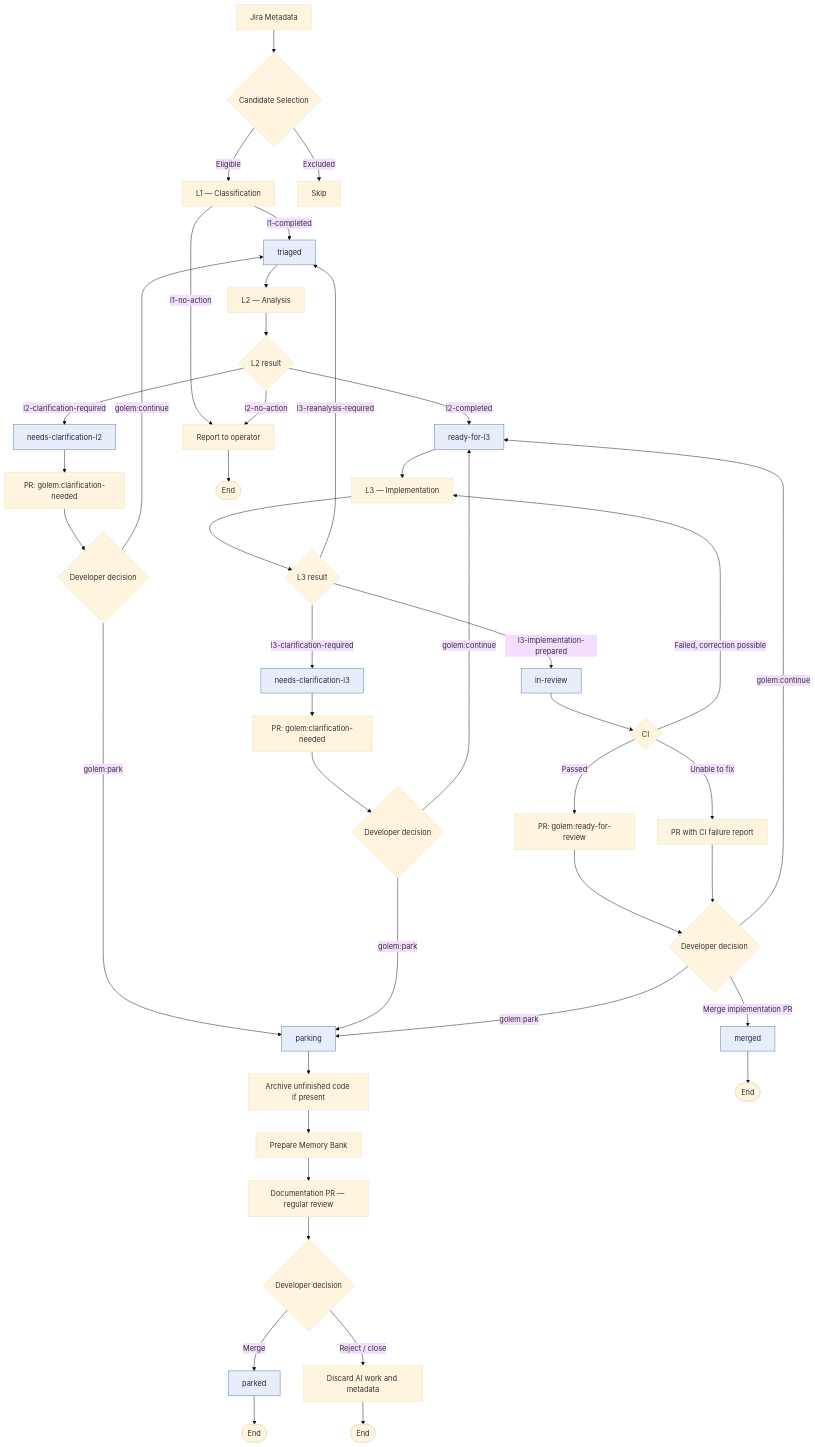
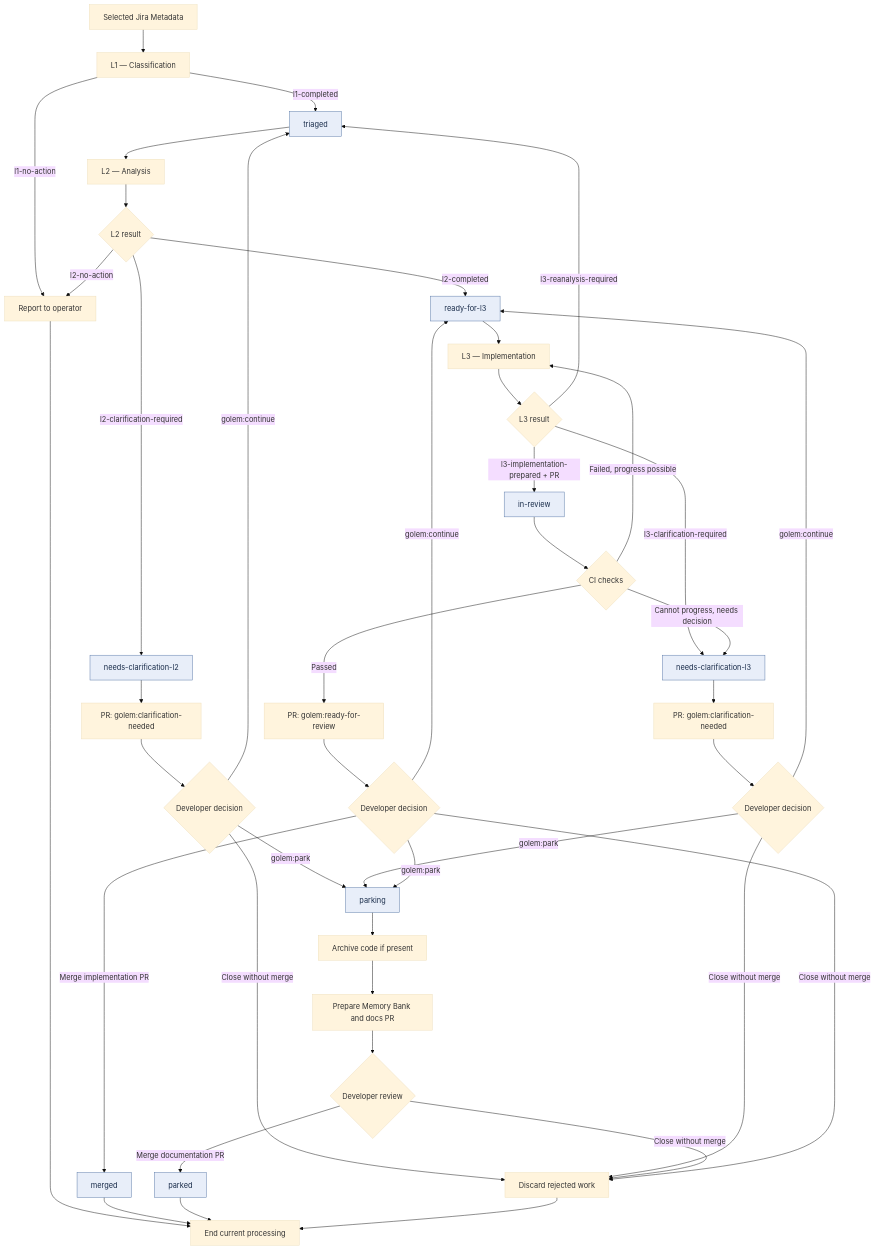
Before and after one commit to jbanaszczyk/golem: the second of 2 diagrams in README.md, drawn with Mermaid (base theme). The commit also changed other lines of this file, not shown here.

Commit message:
Ready for review 3

````diff
--- a/README.md
+++ b/README.md
@@ -57,61 +75,46 @@
 ```mermaid
 flowchart TD
-    META["Jira Metadata"] --> SELECT{"Candidate Selection"}
-    SELECT -->|Eligible| L1["L1 — Classification"]
-    SELECT -->|Excluded| SKIP["Skip"]
-
+    META["Selected Jira Metadata"] --> L1["L1 — Classification"]
     L1 -->|l1-completed| TRIAGED["triaged"]
     L1 -->|l1-no-action| NOACTION["Report to operator"]
     TRIAGED --> L2["L2 — Analysis"]
-
     L2 --> L2R{"L2 result"}
     L2R -->|l2-completed| READY["ready-for-l3"]
     L2R -->|l2-clarification-required| Q2["needs-clarification-l2"]
     L2R -->|l2-no-action| NOACTION
-
     Q2 --> PR2["PR: golem:clarification-needed"]
     PR2 --> D2{"Developer decision"}
     D2 -->|golem:continue| TRIAGED
-
+    D2 -->|Close without merge| REJECTED
     READY --> L3["L3 — Implementation"]
     L3 --> L3R{"L3 result"}
-
+    L3R -->|l3-reanalysis-required| TRIAGED
     L3R -->|l3-clarification-required| Q3["needs-clarification-l3"]
-    L3R -->|l3-reanalysis-required| TRIAGED
-    L3R -->|l3-implementation-prepared| REVIEW["in-review"]
-
+    L3R -->|l3-implementation-prepared + PR| REVIEW["in-review"]
     Q3 --> PR3["PR: golem:clarification-needed"]
     PR3 --> D3{"Developer decision"}
     D3 -->|golem:continue| READY
-
-    REVIEW --> CI{"CI"}
-    CI -->|Failed, correction possible| L3
+    D3 -->|Close without merge| REJECTED
+    REVIEW --> CI{"CI checks"}
+    CI -->|Failed, progress possible| L3
     CI -->|Passed| READYPR["PR: golem:ready-for-review"]
-    CI -->|Unable to fix| FAILEDPR["PR with CI failure report"]
-
+    CI -->|Cannot progress, needs decision| Q3
     READYPR --> DECISION{"Developer decision"}
-    FAILEDPR --> DECISION
-
+    DECISION -->|golem:continue| READY
     DECISION -->|Merge implementation PR| MERGED["merged"]
-    DECISION -->|golem:continue| READY
-
     D2 -->|golem:park| PARKING["parking"]
     D3 -->|golem:park| PARKING
     DECISION -->|golem:park| PARKING
-
-    PARKING --> ARCHIVE["Archive unfinished code if present"]
-    ARCHIVE --> MB["Prepare Memory Bank"]
-    MB --> DPR["Documentation PR — regular review"]
-    DPR --> DREVIEW{"Developer decision"}
-
-    DREVIEW -->|Merge| PARKED["parked"]
-    DREVIEW -->|Reject / close| REJECTED["Discard AI work and metadata"]
-
-    MERGED --> END1(["End"])
-    PARKED --> END2(["End"])
-    REJECTED --> END3(["End"])
-    NOACTION --> END4(["End"])
-
+    PARKING --> ARCHIVE["Archive code if present"]
+    ARCHIVE --> DOCS["Prepare Memory Bank and docs PR"]
+    DOCS --> DREVIEW{"Developer review"}
+    DREVIEW -->|Merge documentation PR| PARKED["parked"]
+    DREVIEW -->|Close without merge| REJECTED["Discard rejected work"]
+    DECISION -->|Close without merge| REJECTED
+    NOACTION --> END["End current processing"]
+    MERGED --> END
+    PARKED --> END
+    REJECTED --> END
     classDef state fill:#e8eef9,stroke:#5575a5,color:#182b49
     class TRIAGED,READY,Q2,Q3,REVIEW,PARKING,PARKED,MERGED state
 ```
````
